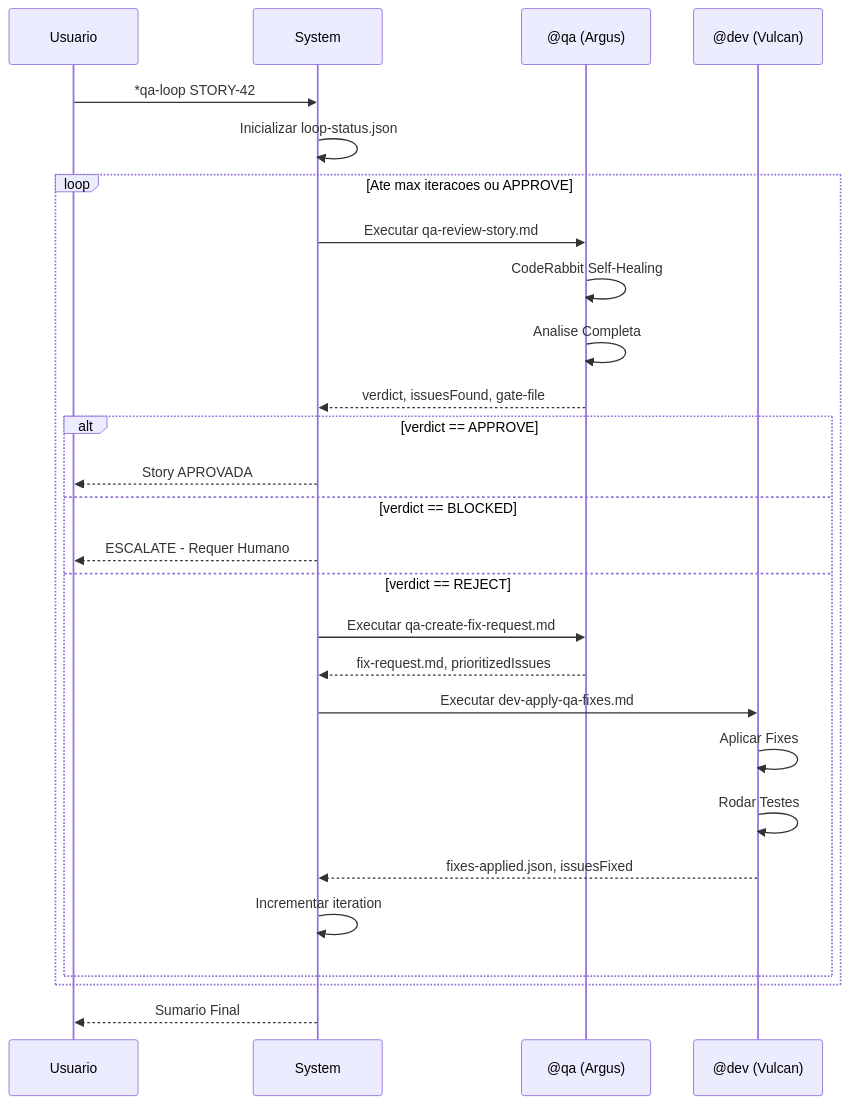
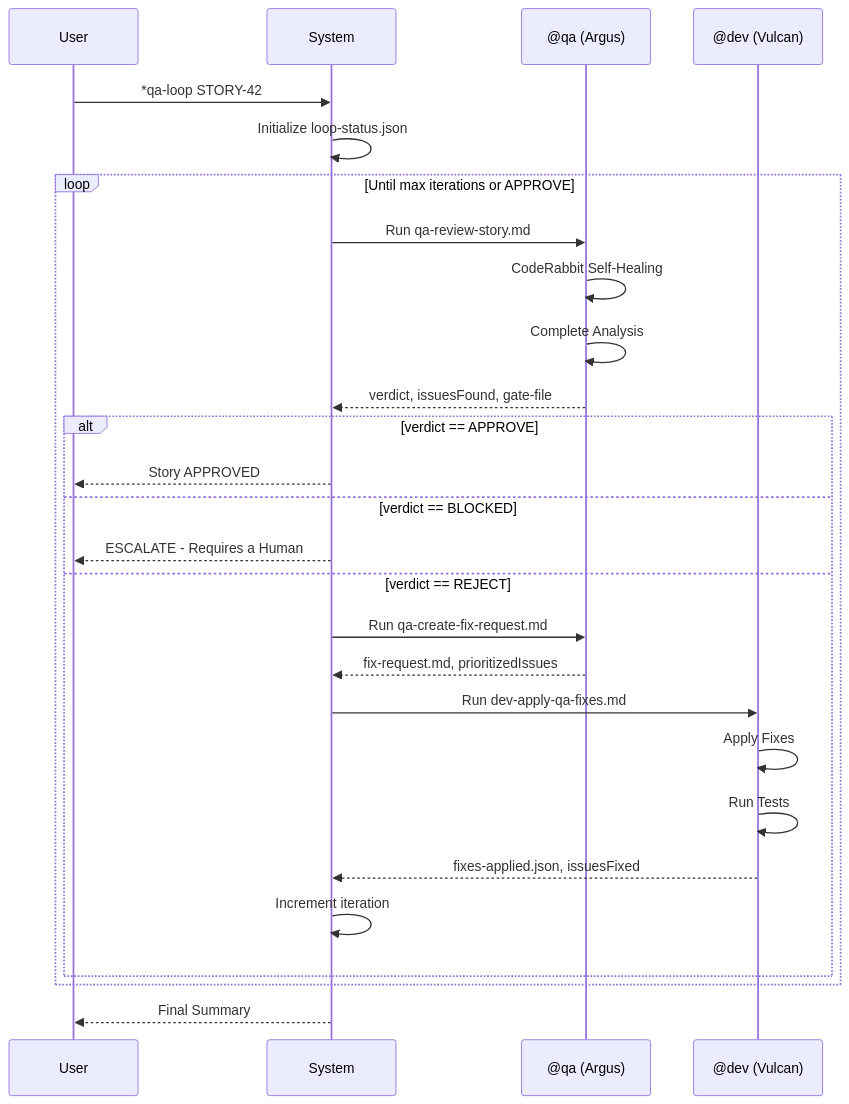
The third of 10 diagrams in docs/guides/workflows/QA-LOOP-WORKFLOW.md (CyryxLabs/AEXOS), drawn with Mermaid before and after one commit. The commit also changed other lines of this file and 528 other files, not shown here.

````diff
--- a/docs/guides/workflows/QA-LOOP-WORKFLOW.md
+++ b/docs/guides/workflows/QA-LOOP-WORKFLOW.md
@@ -179,35 +179,35 @@
 ```mermaid
 sequenceDiagram
-    participant U as Usuario
+    participant U as User
     participant S as System
     participant QA as @qa (Argus)
     participant DEV as @dev (Vulcan)
 
     U->>S: *qa-loop STORY-42
-    S->>S: Inicializar loop-status.json
+    S->>S: Initialize loop-status.json
 
-    loop Ate max iteracoes ou APPROVE
-        S->>QA: Executar qa-review-story.md
+    loop Until max iterations or APPROVE
+        S->>QA: Run qa-review-story.md
         QA->>QA: CodeRabbit Self-Healing
-        QA->>QA: Analise Completa
+        QA->>QA: Complete Analysis
         QA-->>S: verdict, issuesFound, gate-file
 
         alt verdict == APPROVE
-            S-->>U: Story APROVADA
+            S-->>U: Story APPROVED
         else verdict == BLOCKED
-            S-->>U: ESCALATE - Requer Humano
+            S-->>U: ESCALATE - Requires a Human
         else verdict == REJECT
-            S->>QA: Executar qa-create-fix-request.md
+            S->>QA: Run qa-create-fix-request.md
             QA-->>S: fix-request.md, prioritizedIssues
 
-            S->>DEV: Executar dev-apply-qa-fixes.md
-            DEV->>DEV: Aplicar Fixes
-            DEV->>DEV: Rodar Testes
+            S->>DEV: Run dev-apply-qa-fixes.md
+            DEV->>DEV: Apply Fixes
+            DEV->>DEV: Run Tests
             DEV-->>S: fixes-applied.json, issuesFixed
 
-            S->>S: Incrementar iteration
+            S->>S: Increment iteration
         end
     end
 
-    S-->>U: Sumario Final
+    S-->>U: Final Summary
 ```
````
